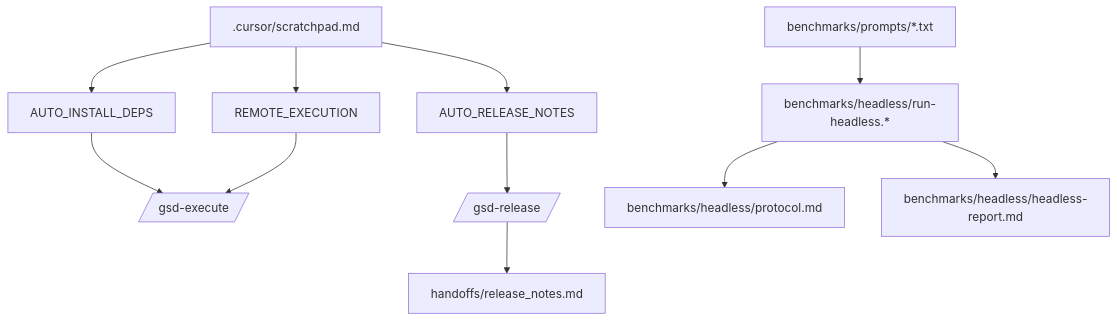
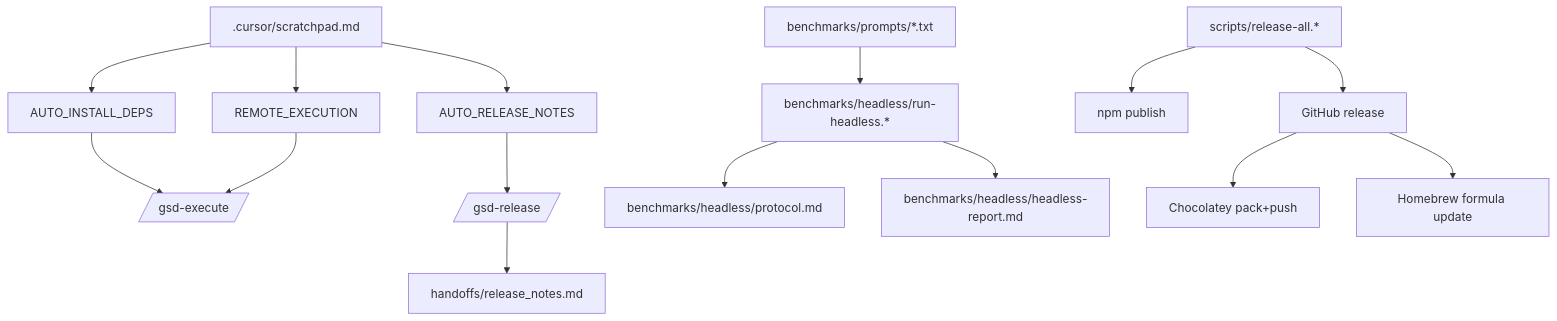
The fifth of 7 diagrams in README.md (fl0wm0ti0n/gsd_cursor), drawn with Mermaid before and after one commit. The commit also changed other lines of this file and 13 other files, not shown here.

Commit message:
Update package.json version and description, add unified release scripts for npm, Chocolatey, and Homebrew, and include new Homebrew and Chocolatey packaging files. Enhance README with installation instructions and release automation details.

````diff
--- a/README.md
+++ b/README.md
@@ -272,13 +436,17 @@
 ```mermaid
 flowchart TD
   Scratchpad[".cursor/scratchpad.md"] --> AutoDeps[AUTO_INSTALL_DEPS]
   Scratchpad --> AutoRelease[AUTO_RELEASE_NOTES]
   Scratchpad --> RemoteExec[REMOTE_EXECUTION]
   AutoDeps --> ExecuteCmd[/gsd-execute/]
   AutoRelease --> ReleaseCmd[/gsd-release/]
   RemoteExec --> ExecuteCmd
   ReleaseCmd --> ReleaseNotes[handoffs/release_notes.md]
   BenchPrompts[benchmarks/prompts/*.txt] --> HeadlessRunner[benchmarks/headless/run-headless.*]
   HeadlessRunner --> Protocol[benchmarks/headless/protocol.md]
   HeadlessRunner --> Report[benchmarks/headless/headless-report.md]
+  ReleaseAll[scripts/release-all.*] --> NPMPub[npm publish]
+  ReleaseAll --> GHRelease[GitHub release]
+  GHRelease --> ChocoUpdate[Chocolatey pack+push]
+  GHRelease --> BrewUpdate[Homebrew formula update]
 ```
````
